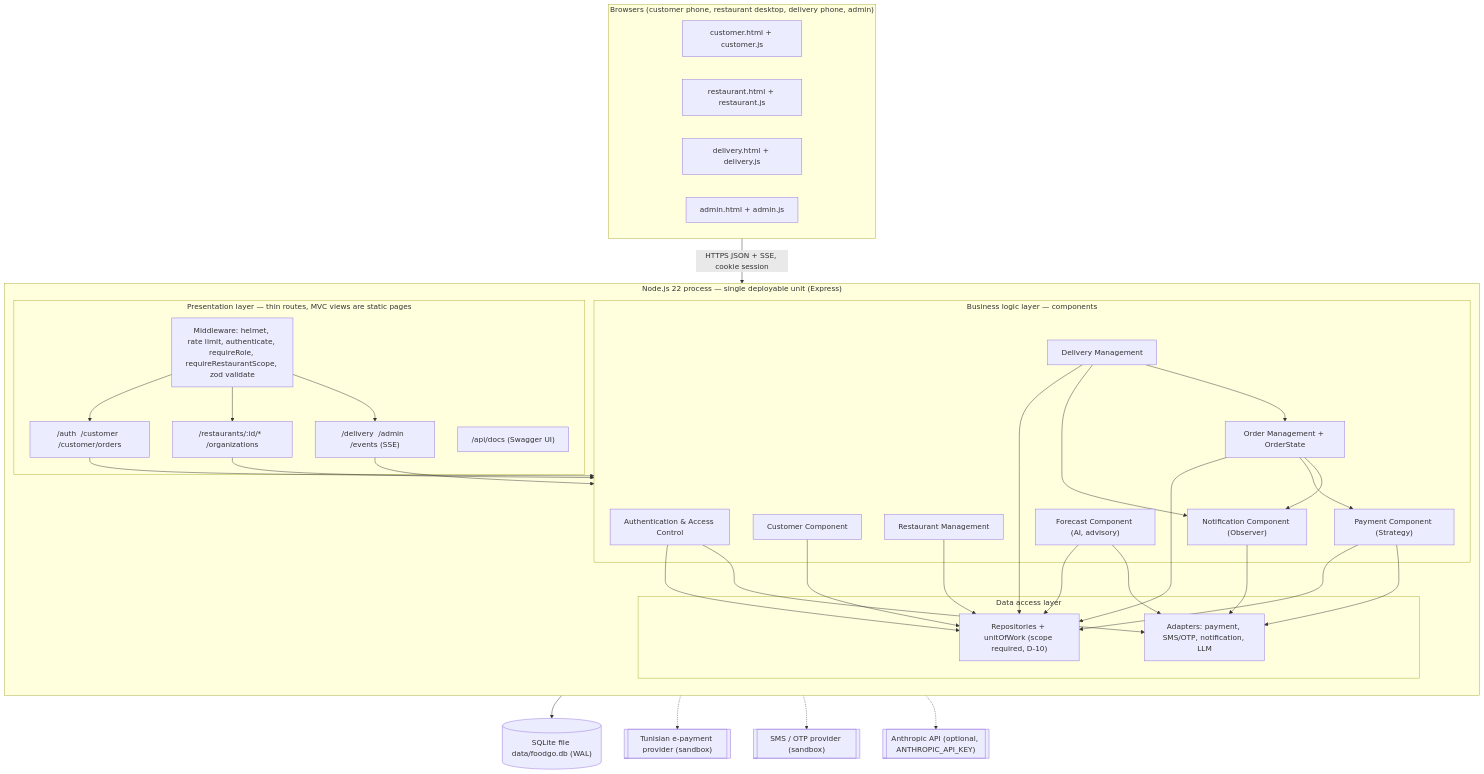
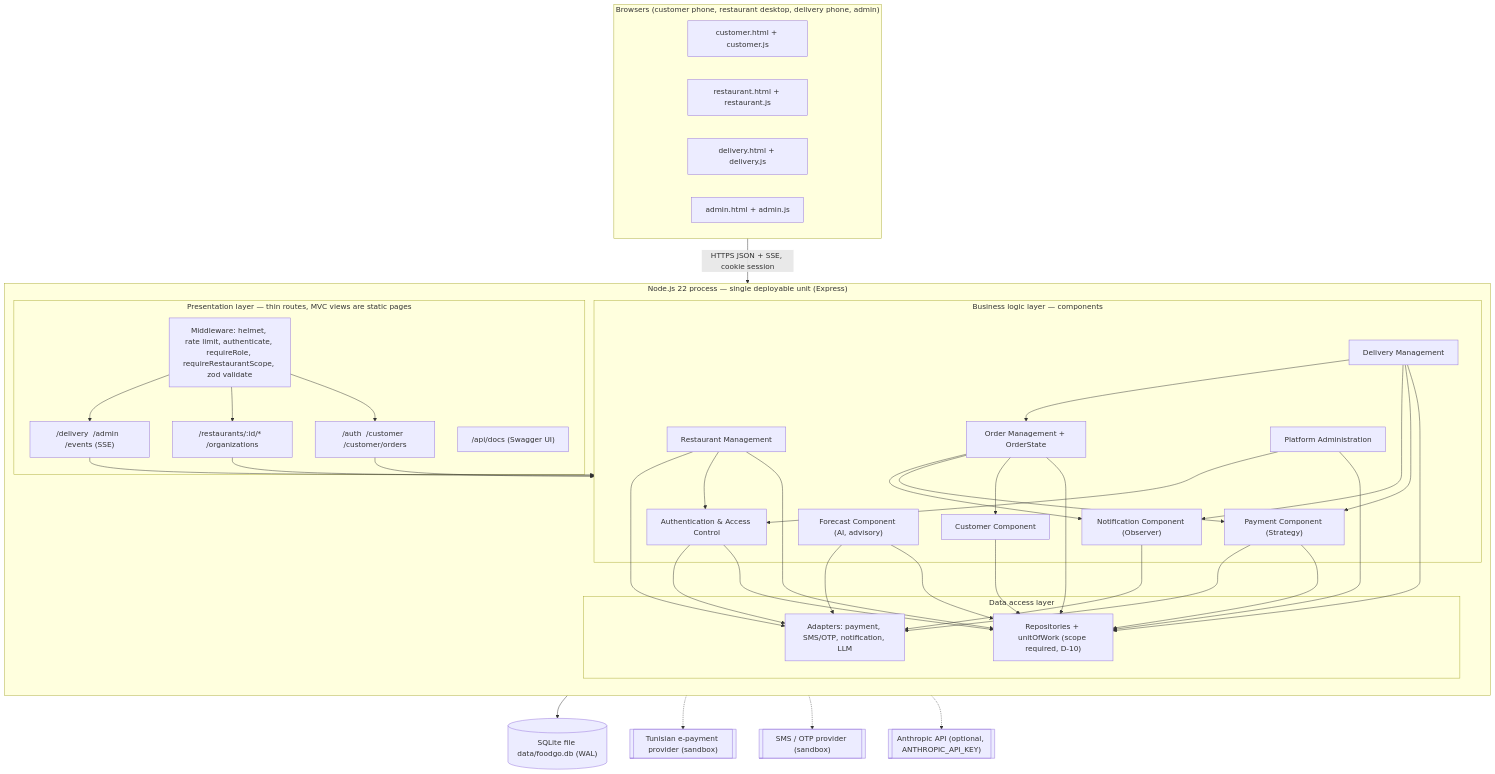
The diagram in docs/uml/component-deployment.mmd (HamzaBL04/FoodGO), drawn with Mermaid before and after one commit. The commit also changed 32 other files, not shown here.

```diff
--- a/docs/uml/component-deployment.mmd
+++ b/docs/uml/component-deployment.mmd
@@ -1,49 +1,54 @@
 %% FoodGO — Component and deployment diagram (SDD §2.2 layers, as built)
+%% Lab 5 revision: Admin component and the DM->Payment, OM->Customer, RM->Auth, RM->adapters edges added.
 flowchart TB
   subgraph Clients["Browsers (customer phone, restaurant desktop, delivery phone, admin)"]
     CUI["customer.html + customer.js"]
     RUI["restaurant.html + restaurant.js"]
     DUI["delivery.html + delivery.js"]
     AUI["admin.html + admin.js"]
   end
 
   subgraph Node["Node.js 22 process — single deployable unit (Express)"]
     direction TB
     subgraph P["Presentation layer — thin routes, MVC views are static pages"]
       MW["Middleware: helmet, rate limit, authenticate, requireRole, requireRestaurantScope, zod validate"]
       R1["/auth  /customer  /customer/orders"]
       R2["/restaurants/:id/*  /organizations"]
       R3["/delivery  /admin  /events (SSE)"]
       DOCS["/api/docs (Swagger UI)"]
     end
     subgraph B["Business logic layer — components"]
       AUTH["Authentication & Access Control"]
       CUS["Customer Component"]
       RM["Restaurant Management"]
       OM["Order Management + OrderState"]
       DM["Delivery Management"]
       PC["Payment Component (Strategy)"]
       NC["Notification Component (Observer)"]
       FC["Forecast Component (AI, advisory)"]
+      ADM["Platform Administration"]
     end
     subgraph D["Data access layer"]
       REPO["Repositories + unitOfWork (scope required, D-10)"]
       ADP["Adapters: payment, SMS/OTP, notification, LLM"]
     end
   end
 
   DB[("SQLite file data/foodgo.db (WAL)")]
   EXT1[["Tunisian e-payment provider (sandbox)"]]
   EXT2[["SMS / OTP provider (sandbox)"]]
   EXT3[["Anthropic API (optional, ANTHROPIC_API_KEY)"]]
 
   Clients -- "HTTPS JSON + SSE, cookie session" --> MW
   MW --> R1 & R2 & R3
   R1 & R2 & R3 --> B
-  AUTH & CUS & RM & OM & DM & PC & FC --> REPO
+  AUTH & CUS & RM & OM & DM & PC & FC & ADM --> REPO
+  OM --> CUS
   OM --> PC
+  DM --> PC
   OM & DM --> NC
   DM --> OM
-  PC & AUTH & NC & FC --> ADP
+  RM & ADM --> AUTH
+  PC & AUTH & NC & FC & RM --> ADP
   REPO --> DB
   ADP -.-> EXT1 & EXT2 & EXT3
```
